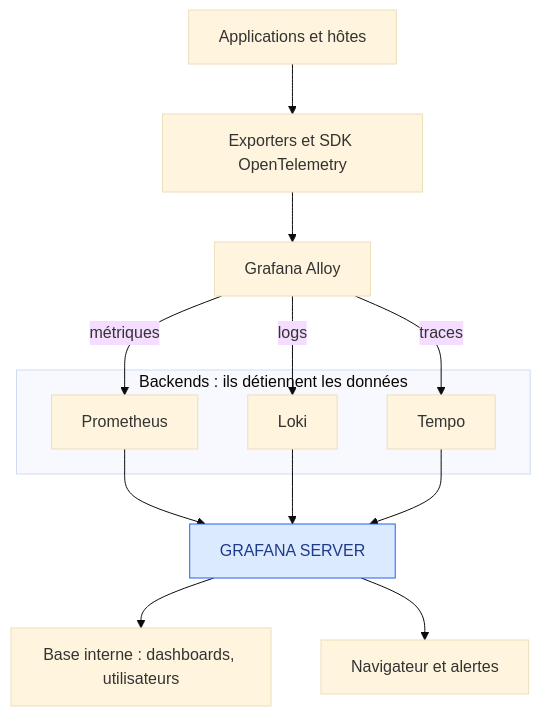
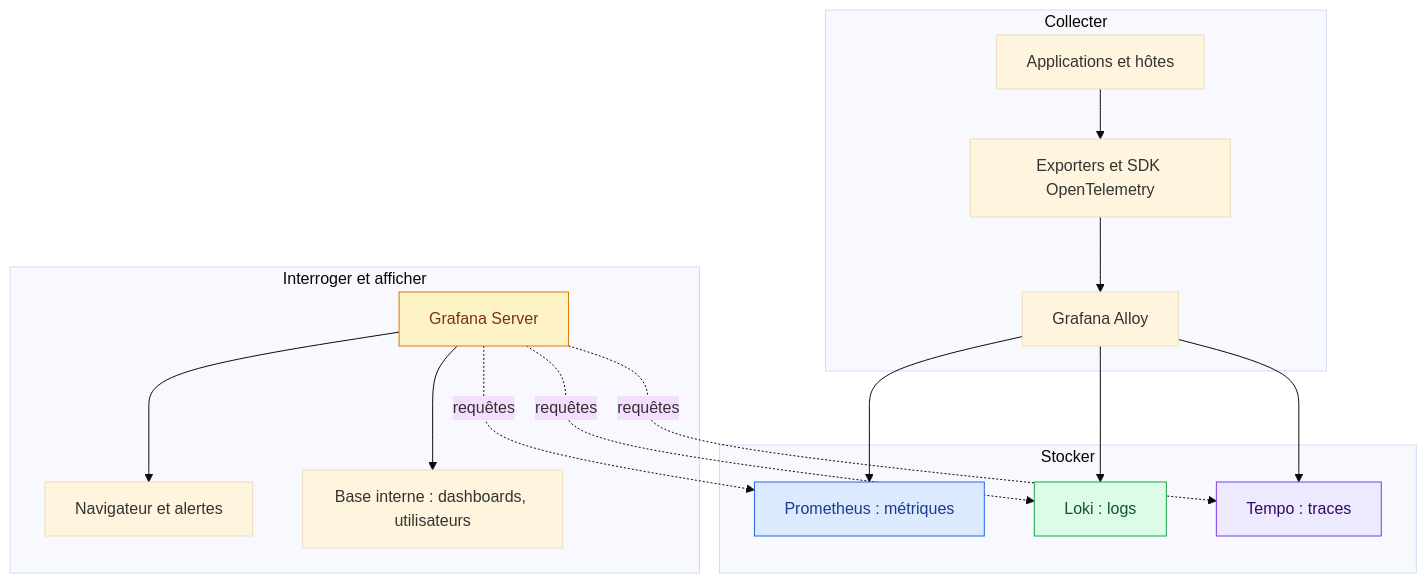
One commit to Gooseppr/GevOps_LC changed the first of 2 diagrams in courses/grafana/02_architecture_ecosysteme.md. Above: the diagram before and after it, drawn with Mermaid (base theme). The commit also changed other lines of this file and 10 other files, not shown here.

````diff
--- a/courses/grafana/02_architecture_ecosysteme.md
+++ b/courses/grafana/02_architecture_ecosysteme.md
@@ -134,19 +134,33 @@
 ```mermaid
 flowchart TD
-    A[Applications et hôtes] --> B[Exporters et SDK OpenTelemetry]
-    B --> C[Grafana Alloy]
-    subgraph BACK["Backends : ils détiennent les données"]
-        P[Prometheus]
-        L[Loki]
-        T[Tempo]
+    subgraph COL["Collecter"]
+        A[Applications et hôtes] --> B[Exporters et SDK OpenTelemetry]
+        B --> C[Grafana Alloy]
     end
-    C -->|métriques| P
-    C -->|logs| L
-    C -->|traces| T
-    P --> G[GRAFANA SERVER]
-    L --> G
-    T --> G
-    G --> D[Base interne : dashboards, utilisateurs]
-    G --> U[Navigateur et alertes]
-    style G fill:#dbeafe,stroke:#2563eb,color:#1e3a8a
+    subgraph STO["Stocker"]
+        P[Prometheus : métriques]
+        L[Loki : logs]
+        T[Tempo : traces]
+    end
+    subgraph AFF["Interroger et afficher"]
+        G[Grafana Server]
+        U[Navigateur et alertes]
+        D[Base interne : dashboards, utilisateurs]
+    end
+    C --> P
+    C --> L
+    C --> T
+    G -.->|requêtes| P
+    G -.->|requêtes| L
+    G -.->|requêtes| T
+    G --> U
+    G --> D
+    classDef metriques fill:#dbeafe,stroke:#2563eb,color:#1e3a8a
+    classDef logs fill:#dcfce7,stroke:#16a34a,color:#14532d
+    classDef traces fill:#ede9fe,stroke:#7c3aed,color:#3b0764
+    classDef affichage fill:#fef3c7,stroke:#d97706,color:#78350f
+    class P metriques
+    class L logs
+    class T traces
+    class G affichage
 ```
````
